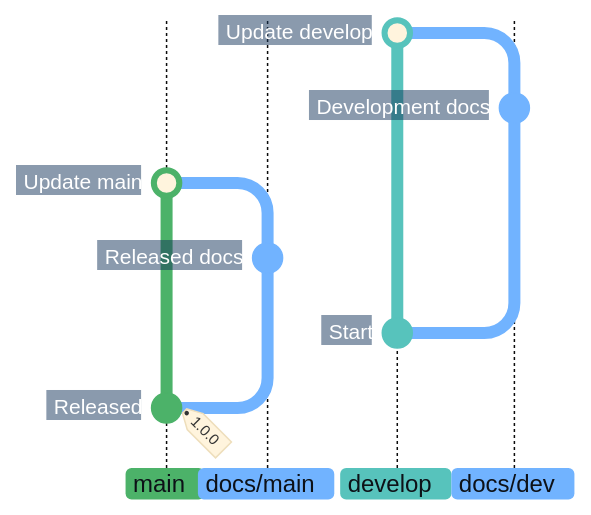
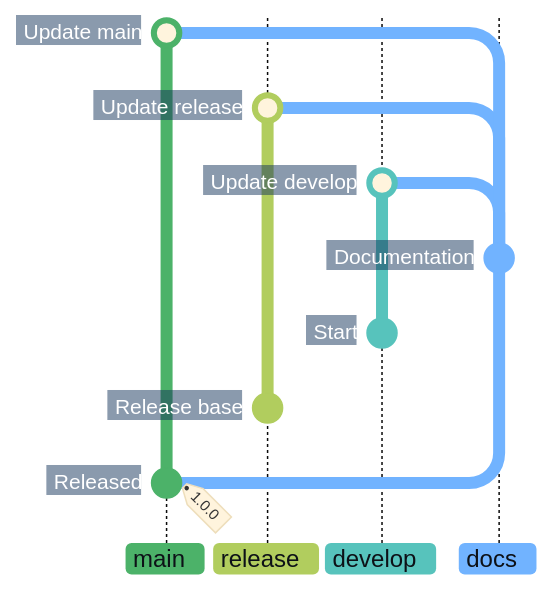
One commit to superhero/operations.superduper.solutions changed the third of 3 diagrams in docs/adr/cicd.md. Above: the diagram before and after it, drawn with Mermaid. The commit also changed other lines of this file, not shown here.

Commit message:
docs: show one documentation branch with explicit merge targets

````diff
--- a/docs/adr/cicd.md
+++ b/docs/adr/cicd.md
@@ -125,26 +128,28 @@
 ```mermaid
-%%{init: {"theme": "base", "themeCSS": "line.branch { stroke: #8B949E; stroke-width: 1px; stroke-dasharray: 1 4; stroke-linecap: round; } .branchLabel, .tag-label { font-weight: 700; } .tag-label-bkg, .commit-label-bkg { opacity: 0.9; } .tag-label-bkg { fill: #B8E6C4; stroke: #8ED3A2; } .branchLabelBkg { opacity: 1; clip-path: inset(0 8px 0 0 round 4px) fill-box; } .commit-labels g:nth-last-of-type(-n+2) { visibility: hidden; } .commit-labels g { transform-box: fill-box; transform-origin: calc(100% + 17px) calc(50% + 2px); transform: rotate(-10deg); } .commit-label { font-weight: 700; transform: translateX(-8px); } .commit-label-bkg { stroke: #17365D; stroke-width: 20px; transform: translateX(-5px); clip-path: polygon(-4px -4px, calc(100% + 4px) -4px, calc(100% + 10px) 50%, calc(100% + 4px) calc(100% + 4px), -4px calc(100% + 4px)) fill-box; }", "gitGraph": {"showCommitLabel": true, "rotateCommitLabel": false}, "themeVariables": {
+%%{init: {"theme": "base", "themeCSS": "line.branch { stroke: #8B949E; stroke-width: 1px; stroke-dasharray: 1 4; stroke-linecap: round; } .branchLabel, .tag-label { font-weight: 700; } .tag-label-bkg, .commit-label-bkg { opacity: 0.9; } .tag-label-bkg { fill: #B8E6C4; stroke: #8ED3A2; } .branchLabelBkg { opacity: 1; clip-path: inset(0 8px 0 0 round 4px) fill-box; } .commit-labels g:nth-last-of-type(-n+3) { visibility: hidden; } .commit-labels g { transform-box: fill-box; transform-origin: calc(100% + 17px) calc(50% + 2px); transform: rotate(-10deg); } .commit-label { font-weight: 700; transform: translateX(-8px); } .commit-label-bkg { stroke: #17365D; stroke-width: 20px; transform: translateX(-5px); clip-path: polygon(-4px -4px, calc(100% + 4px) -4px, calc(100% + 10px) 50%, calc(100% + 4px) calc(100% + 4px), -4px calc(100% + 4px)) fill-box; }", "gitGraph": {"showCommitLabel": true, "rotateCommitLabel": false}, "themeVariables": {
     "commitLabelFontSize": "14px", "commitLabelColor": "#FFFFFF", "commitLabelBackground": "#17365D",
     "git0": "#4CB269", "gitBranchLabel0": "#0D1117",
-    "git1": "#71B3FF", "gitBranchLabel1": "#0D1117",
+    "git1": "#B1CD5E", "gitBranchLabel1": "#0D1117",
     "git2": "#57C3BC", "gitBranchLabel2": "#0D1117",
     "git3": "#71B3FF", "gitBranchLabel3": "#0D1117"
 }}}%%
 gitGraph BT:
-    %% Independent roots omit shared history; hide their two initial notes.
+    %% Existing branch histories are omitted; hide their three initial notes.
     branch develop order: 2
+    branch release order: 1
     checkout main
     commit id: "Released" tag: "1.0.0"
+    checkout release
+    commit id: "Release base"
     checkout develop
     commit id: "Start"
     checkout main
-    branch "docs/main" order: 1
-    commit id: "Released docs"
+    branch docs order: 3
+    commit id: "Documentation"
+    checkout develop
+    merge docs id: "Update develop"
+    checkout release
+    merge docs id: "Update release"
     checkout main
-    merge "docs/main" id: "Update main"
-    checkout develop
-    branch "docs/dev" order: 3
-    commit id: "Development docs"
-    checkout develop
-    merge "docs/dev" id: "Update develop"
+    merge docs id: "Update main"
 ```
````
